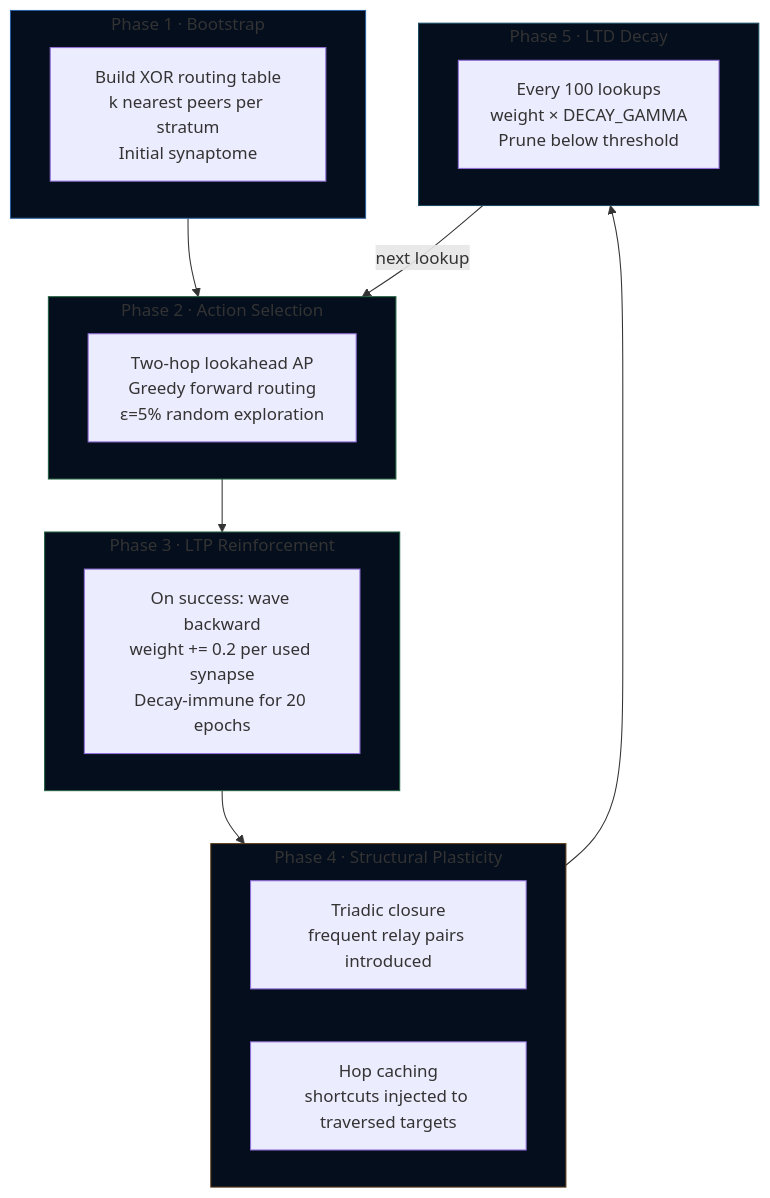
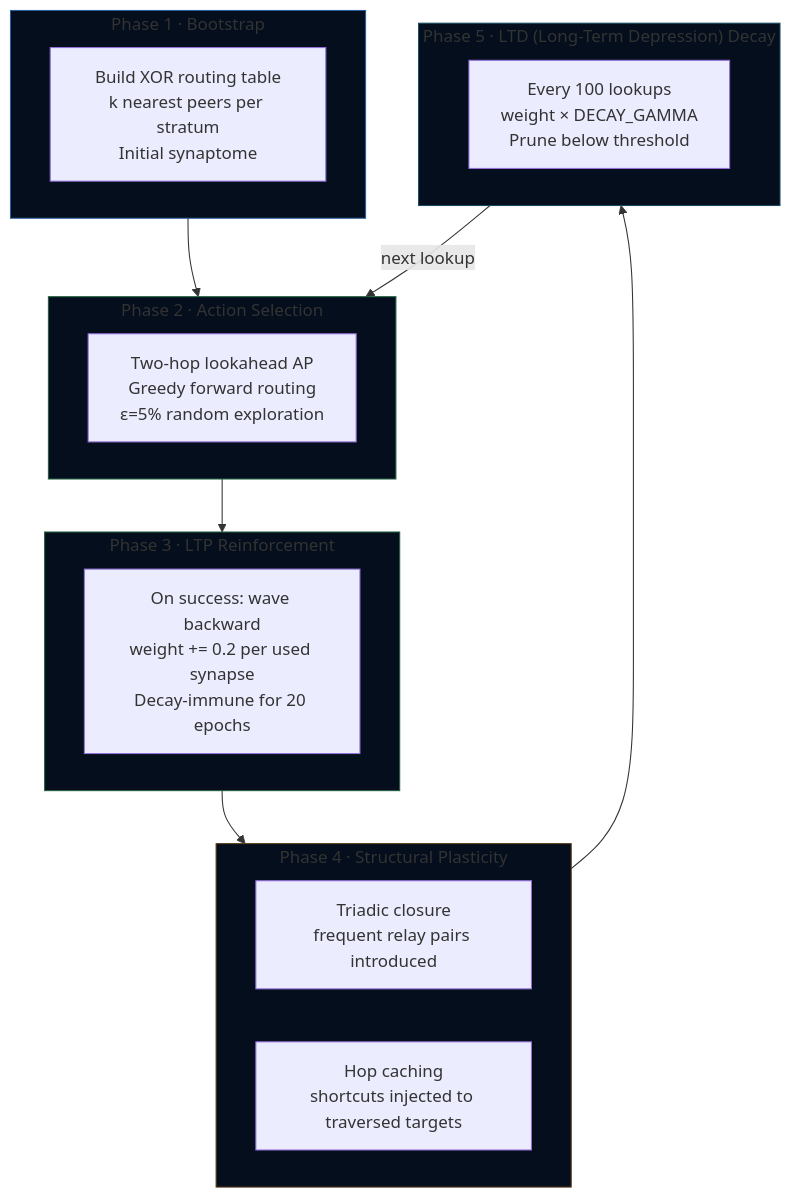
The third of 3 diagrams in README.md (YZ-social/dht-sim), drawn with Mermaid before and after one commit. The commit also changed other lines of this file and 3 other files, not shown here.

First line of the commit message:
v0.49: Acronym definitions, Protocol Evolution chart completion, extended mechanism tables

````diff
--- a/README.md
+++ b/README.md
@@ -307,32 +309,32 @@
 ```mermaid
 flowchart TB
     subgraph P1["Phase 1 · Bootstrap"]
         direction LR
         B1["Build XOR routing table\nk nearest peers per stratum\nInitial synaptome"]
     end
     subgraph P2["Phase 2 · Action Selection"]
         direction LR
         B2["Two-hop lookahead AP\nGreedy forward routing\nε=5% random exploration"]
     end
     subgraph P3["Phase 3 · LTP Reinforcement"]
         direction LR
         B3["On success: wave backward\nweight += 0.2 per used synapse\nDecay-immune for 20 epochs"]
     end
     subgraph P4["Phase 4 · Structural Plasticity"]
         direction LR
         B4A["Triadic closure\nfrequent relay pairs introduced"]
         B4B["Hop caching\nshortcuts injected to traversed targets"]
     end
-    subgraph P5["Phase 5 · LTD Decay"]
+    subgraph P5["Phase 5 · LTD (Long-Term Depression) Decay"]
         direction LR
         B5["Every 100 lookups\nweight × DECAY_GAMMA\nPrune below threshold"]
     end
     P1 --> P2 --> P3 --> P4 --> P5
     P5 -->|"next lookup"| P2
 
     style P1 fill:#040e1c,stroke:#2a5ea0
     style P2 fill:#040e1c,stroke:#226040
     style P3 fill:#040e1c,stroke:#226040
     style P4 fill:#040e1c,stroke:#5a3a18
     style P5 fill:#040e1c,stroke:#1a4a60
 ```
````
